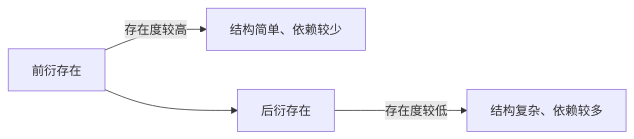
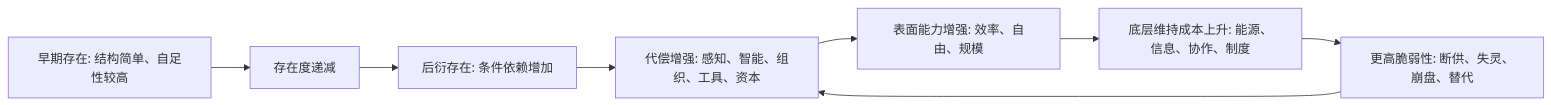
Before and after one commit to digoal/blog: the diagram in 202605/20260518_45.md, drawn with Mermaid. The commit also changed other lines of this file and 16 other files, not shown here.

````diff
--- a/202605/20260518_45.md
+++ b/202605/20260518_45.md
@@ -22,6 +22,10 @@
 ```mermaid
 flowchart LR
-  A["前衍存在"] -->|"存在度较高"| B["结构简单、依赖较少"]
-  A --> C["后衍存在"]
-  C -->|"存在度较低"| D["结构复杂、依赖较多"]
+  A["早期存在: 结构简单、自足性较高"] --> B["存在度递减"]
+  B --> C["后衍存在: 条件依赖增加"]
+  C --> D["代偿增强: 感知、智能、组织、工具、资本"]
+  D --> E["表面能力增强: 效率、自由、规模"]
+  E --> F["底层维持成本上升: 能源、信息、协作、制度"]
+  F --> G["更高脆弱性: 断供、失灵、崩盘、替代"]
+  G --> D
 ```
````
